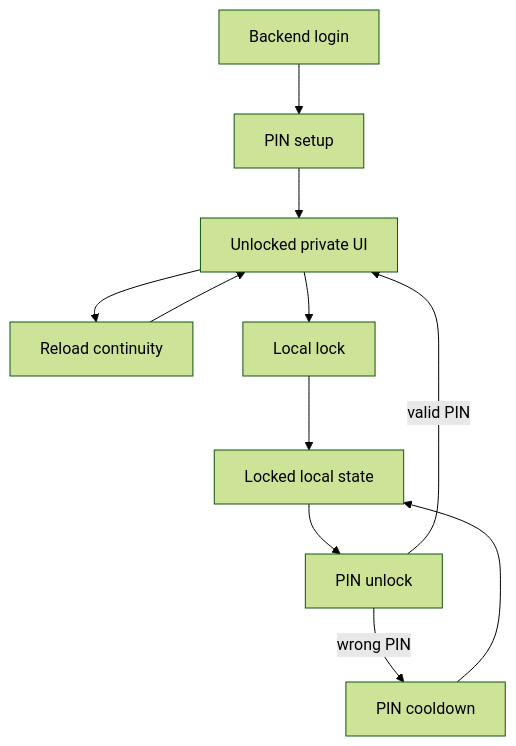
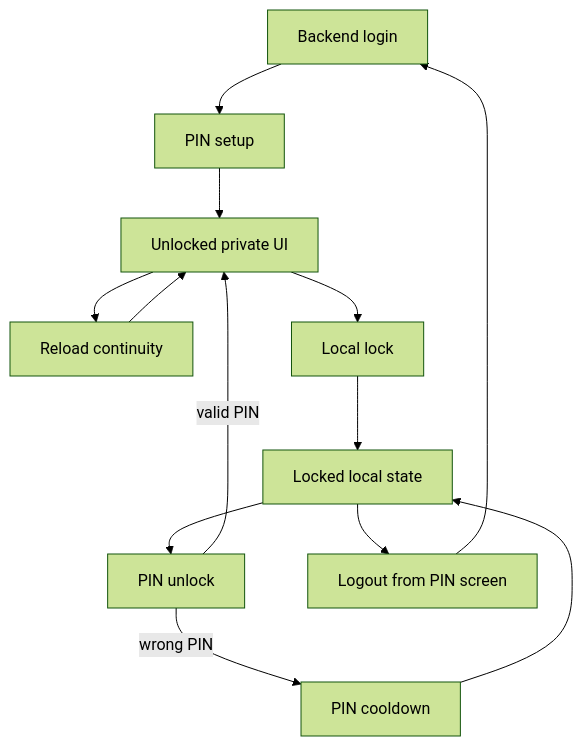
The diagram in docs/security.md (ViaCode-Team/ViaTrade-frontend), drawn with Mermaid (forest theme) before and after one commit. The commit also changed other lines of this file and 19 other files, not shown here.

Commit message:
feat: add logout current session for pin code

````diff
--- a/docs/security.md
+++ b/docs/security.md
@@ -15,18 +15,20 @@
 ```mermaid
 flowchart TD
 	login["Backend login"]
 	setup["PIN setup"]
 	locked["Locked local state"]
 	unlock["PIN unlock"]
 	privateUi["Unlocked private UI"]
 	reload["Reload continuity"]
 	lock["Local lock"]
 	cooldown["PIN cooldown"]
+	logout["Logout from PIN screen"]
 
 	login --> setup --> privateUi
 	locked --> unlock
 	unlock -->|valid PIN| privateUi
 	unlock -->|wrong PIN| cooldown --> locked
 	privateUi --> reload --> privateUi
 	privateUi --> lock --> locked
+	locked --> logout --> login
 ```
````
